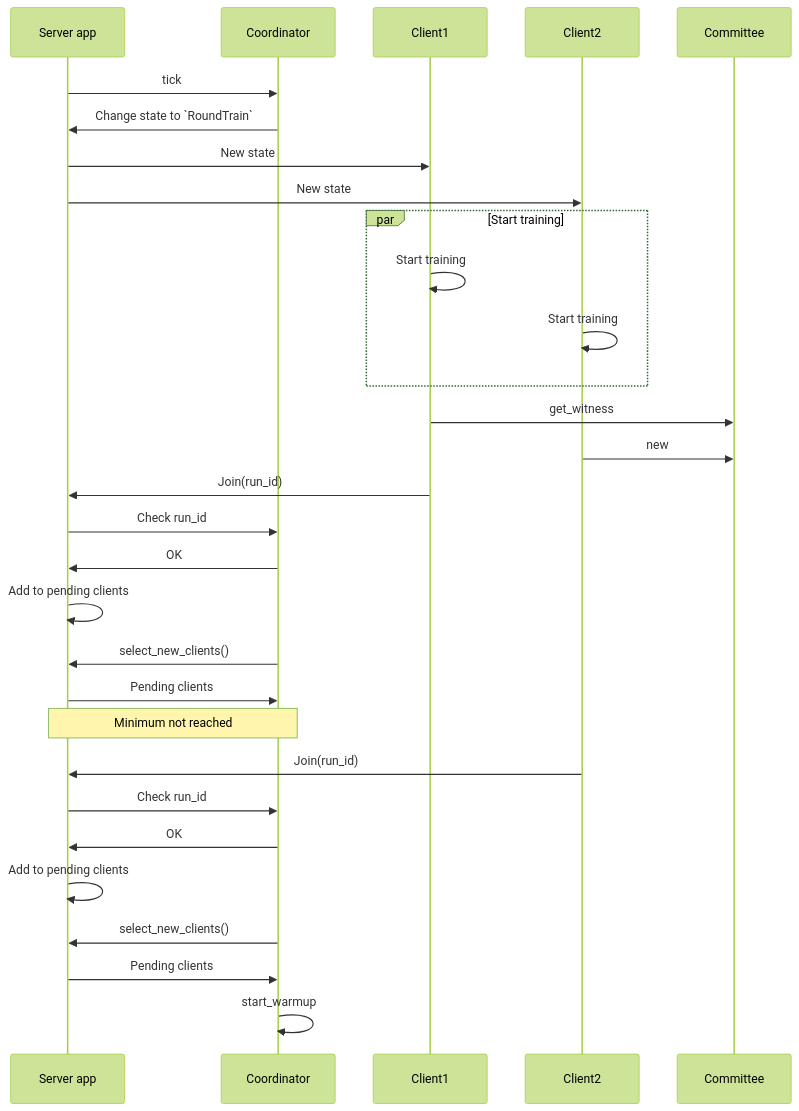
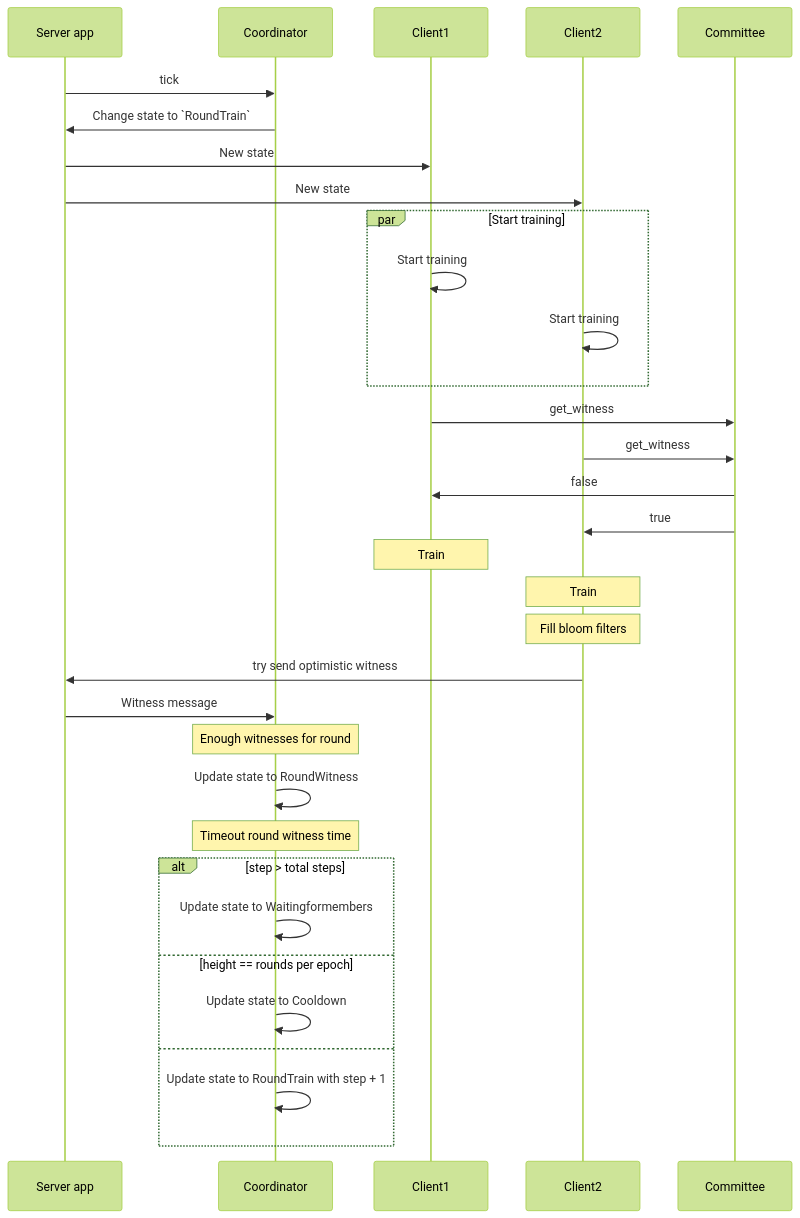
Before and after one commit to vernvriereen/psyche: the third of 3 diagrams in docs/coordinator.md, drawn with Mermaid (forest theme). The commit also changed other lines of this file, not shown here.

Commit message:
fix witness flow and diagram

````diff
--- a/docs/coordinator.md
+++ b/docs/coordinator.md
@@ -63,27 +73,30 @@
 ```mermaid
 sequenceDiagram
     Server app->>Coordinator: tick
     Coordinator->>Server app: Change state to `RoundTrain`
     Server app->>Client1: New state
     Server app->>Client2: New state
     par Start training
         Client1->>Client1: Start training
         Client2->>Client2: Start training
     end
     Client1->>Committee: get_witness
-    Client2->>Committee: new
-    Client1->>Server app: Join(run_id)
-    Server app->>Coordinator: Check run_id
-    Coordinator->>Server app: OK
-    Server app->>Server app: Add to pending clients
-    Coordinator->>Server app: select_new_clients()
-    Server app->>Coordinator: Pending clients
-    Note over Server app,Coordinator: Minimum not reached
-    Client2->>Server app: Join(run_id)
-    Server app->>Coordinator: Check run_id
-    Coordinator->>Server app: OK
-    Server app->>Server app: Add to pending clients
-    Coordinator->>Server app: select_new_clients()
-    Server app->>Coordinator: Pending clients
-    Coordinator->>Coordinator: start_warmup
+    Client2->>Committee: get_witness
+    Committee->>Client1: false
+    Committee->>Client2: true
+    Note over Client1: Train
+    Note over Client2: Train
+    Note over Client2: Fill bloom filters
+    Client2->>Server app: try send optimistic witness
+    Server app->>Coordinator: Witness message
+    Note over Coordinator: Enough witnesses for round
+    Coordinator->>Coordinator: Update state to RoundWitness
+    Note over Coordinator: Timeout round witness time
+    alt step > total steps
+        Coordinator->>Coordinator: Update state to Waitingformembers
+    else height == rounds per epoch 
+        Coordinator->>Coordinator: Update state to Cooldown
+    else
+        Coordinator->>Coordinator: Update state to RoundTrain with step + 1
+    end
 ```
````
